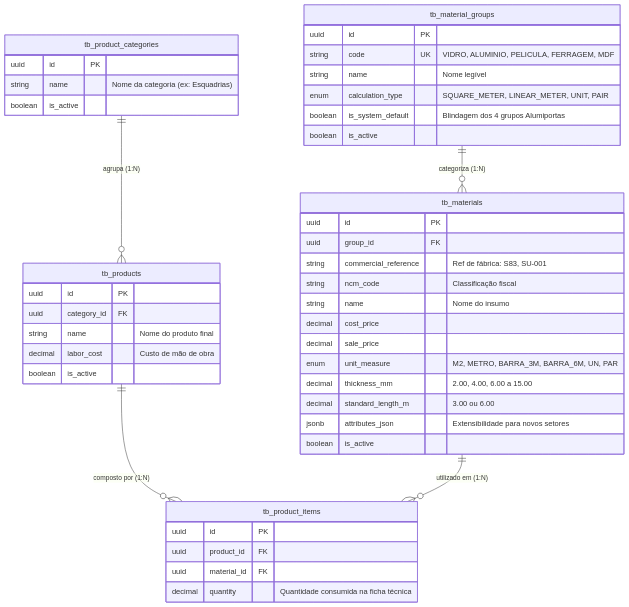
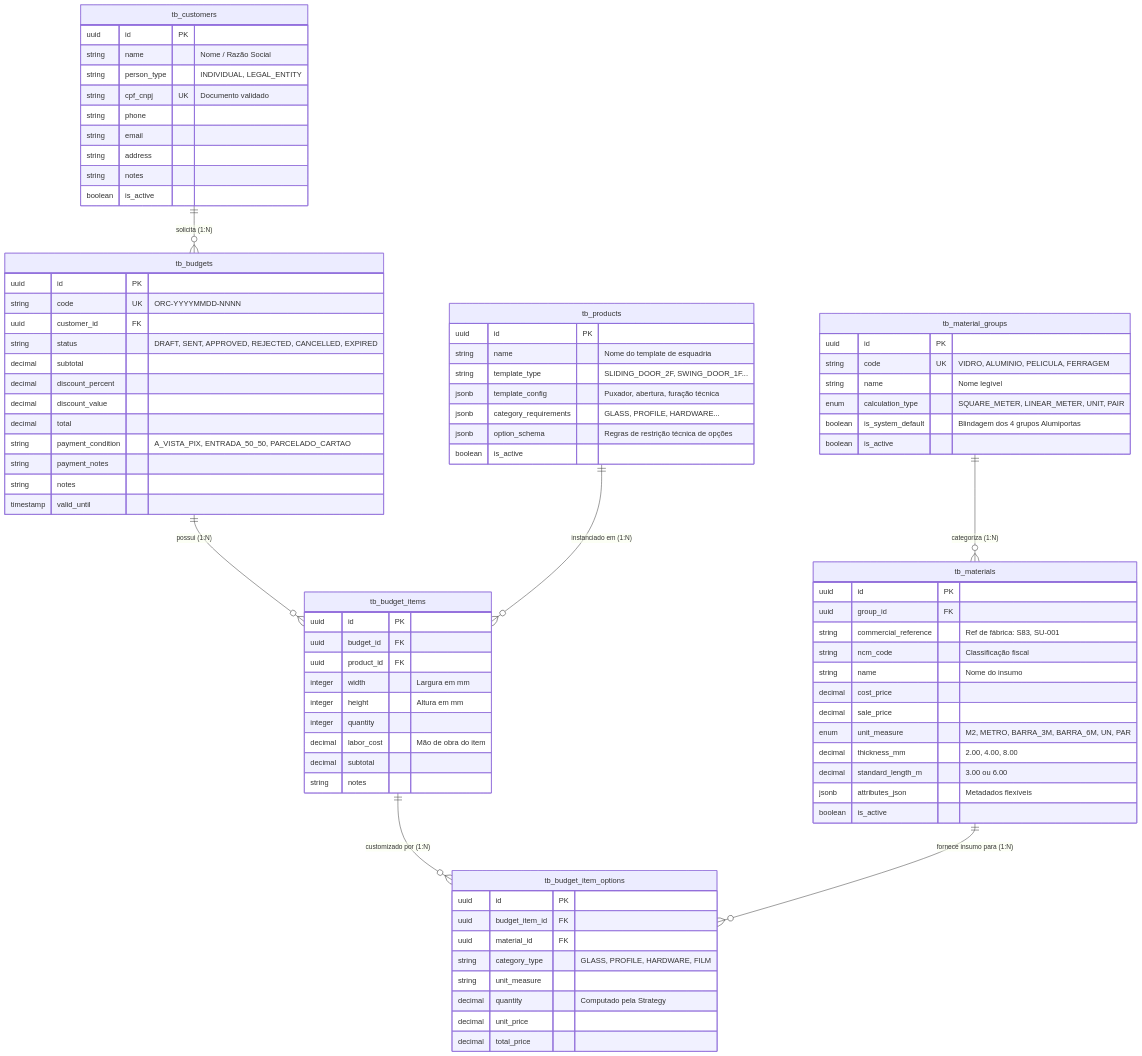
One commit to ADS-IFPB-SR/alumigest changed the diagram in docs/sistema/001-analise-projeto/MER-Modelo_de_Dados.md. Above: the diagram before and after it, drawn with Mermaid. The commit also changed other lines of this file and 3 other files, not shown here.

````diff
--- a/docs/sistema/001-analise-projeto/MER-Modelo_de_Dados.md
+++ b/docs/sistema/001-analise-projeto/MER-Modelo_de_Dados.md
@@ -12,13 +19,16 @@
 ```mermaid
 erDiagram
     tb_material_groups ||--o{ tb_materials : "categoriza (1:N)"
-    tb_product_categories ||--o{ tb_products : "agrupa (1:N)"
-    tb_products ||--o{ tb_product_items : "composto por (1:N)"
-    tb_materials ||--o{ tb_product_items : "utilizado em (1:N)"
+    
+    tb_customers ||--o{ tb_budgets : "solicita (1:N)"
+    tb_budgets ||--o{ tb_budget_items : "possui (1:N)"
+    tb_products ||--o{ tb_budget_items : "instanciado em (1:N)"
+    tb_budget_items ||--o{ tb_budget_item_options : "customizado por (1:N)"
+    tb_materials ||--o{ tb_budget_item_options : "fornece insumo para (1:N)"
 
     tb_material_groups {
         uuid id PK
-        string code UK "VIDRO, ALUMINIO, PELICULA, FERRAGEM, MDF"
+        string code UK "VIDRO, ALUMINIO, PELICULA, FERRAGEM"
         string name "Nome legível"
         enum calculation_type "SQUARE_METER, LINEAR_METER, UNIT, PAIR"
         boolean is_system_default "Blindagem dos 4 grupos Alumiportas"
@@ -34,30 +44,69 @@
         decimal cost_price
         decimal sale_price
         enum unit_measure "M2, METRO, BARRA_3M, BARRA_6M, UN, PAR"
-        decimal thickness_mm "2.00, 4.00, 6.00 a 15.00"
+        decimal thickness_mm "2.00, 4.00, 8.00"
         decimal standard_length_m "3.00 ou 6.00"
-        jsonb attributes_json "Extensibilidade para novos setores"
-        boolean is_active
-    }
-
-    tb_product_categories {
-        uuid id PK
-        string name "Nome da categoria (ex: Esquadrias)"
+        jsonb attributes_json "Metadados flexíveis"
         boolean is_active
     }
 
     tb_products {
         uuid id PK
-        uuid category_id FK
-        string name "Nome do produto final"
-        decimal labor_cost "Custo de mão de obra"
+        string name "Nome do template de esquadria"
+        string template_type "SLIDING_DOOR_2F, SWING_DOOR_1F..."
+        jsonb template_config "Puxador, abertura, furação técnica"
+        jsonb category_requirements "GLASS, PROFILE, HARDWARE..."
+        jsonb option_schema "Regras de restrição técnica de opções"
         boolean is_active
     }
 
-    tb_product_items {
+    tb_customers {
         uuid id PK
+        string name "Nome / Razão Social"
+        string person_type "INDIVIDUAL, LEGAL_ENTITY"
+        string cpf_cnpj UK "Documento validado"
+        string phone
+        string email
+        string address
+        string notes
+        boolean is_active
+    }
+
+    tb_budgets {
+        uuid id PK
+        string code UK "ORC-YYYYMMDD-NNNN"
+        uuid customer_id FK
+        string status "DRAFT, SENT, APPROVED, REJECTED, CANCELLED, EXPIRED"
+        decimal subtotal
+        decimal discount_percent
+        decimal discount_value
+        decimal total
+        string payment_condition "A_VISTA_PIX, ENTRADA_50_50, PARCELADO_CARTAO"
+        string payment_notes
+        string notes
+        timestamp valid_until
+    }
+
+    tb_budget_items {
+        uuid id PK
+        uuid budget_id FK
         uuid product_id FK
+        integer width "Largura em mm"
+        integer height "Altura em mm"
+        integer quantity
+        decimal labor_cost "Mão de obra do item"
+        decimal subtotal
+        string notes
+    }
+
+    tb_budget_item_options {
+        uuid id PK
+        uuid budget_item_id FK
         uuid material_id FK
-        decimal quantity "Quantidade consumida na ficha técnica"
+        string category_type "GLASS, PROFILE, HARDWARE, FILM"
+        string unit_measure
+        decimal quantity "Computado pela Strategy"
+        decimal unit_price
+        decimal total_price
     }
 ```
````
